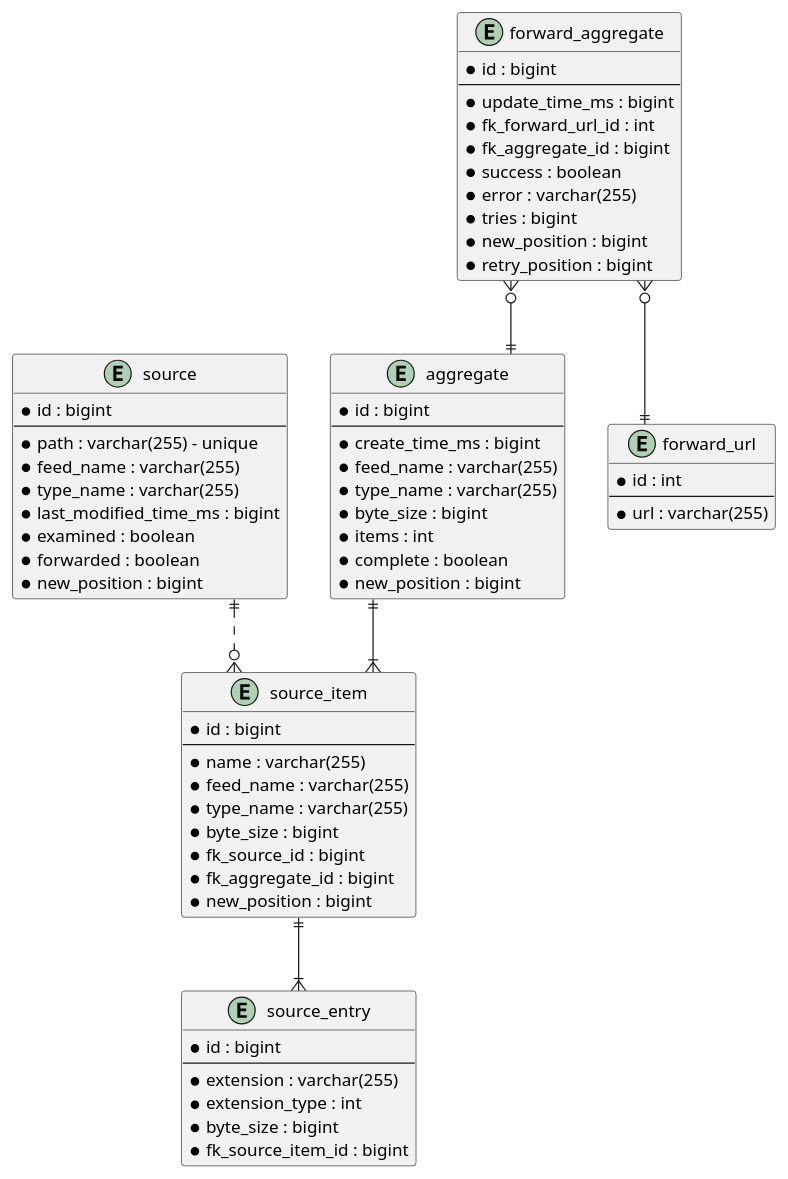
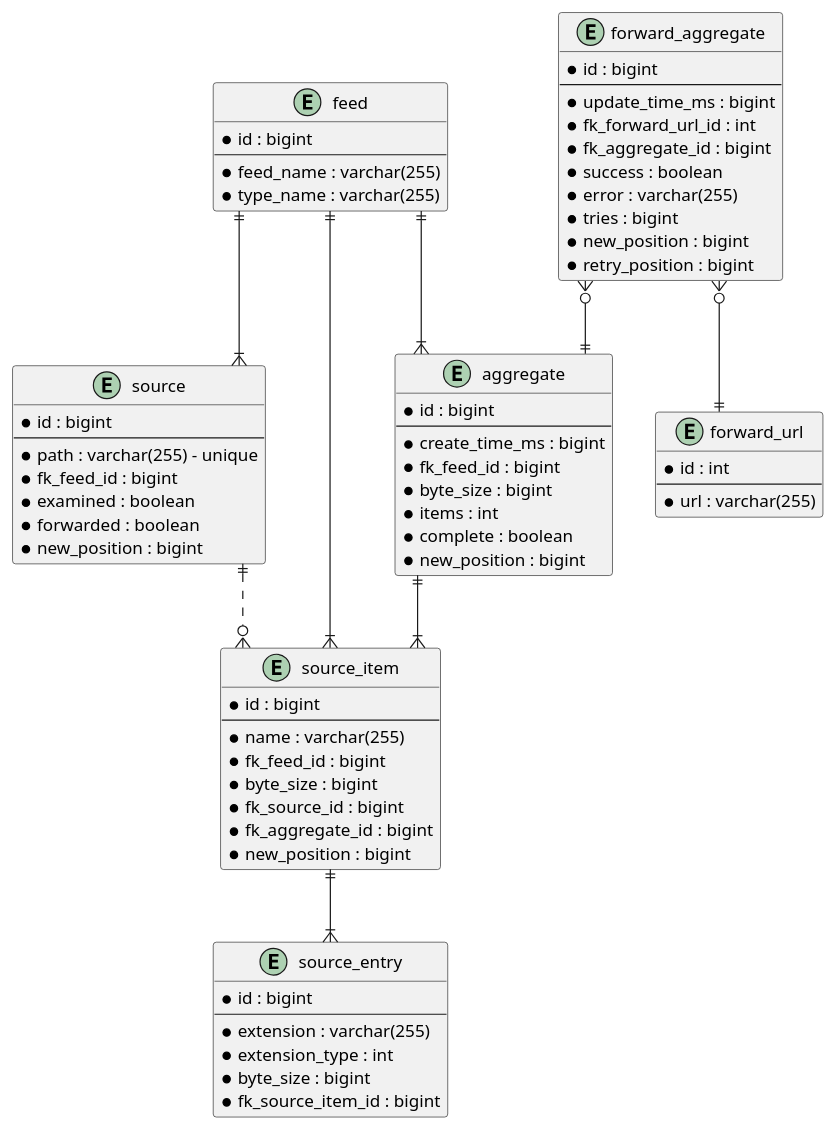
The diagram in stroom-proxy/stroom-proxy-app/doc/forward-aggregate-entity.puml (gchq/stroom), drawn with PlantUML before and after one commit. The commit also changed 47 other files, not shown here.

```diff
--- a/stroom-proxy/stroom-proxy-app/doc/forward-aggregate-entity.puml
+++ b/stroom-proxy/stroom-proxy-app/doc/forward-aggregate-entity.puml
@@ -1,76 +1,83 @@
 @startuml
 
 ' avoid problems with angled crows feet
 skinparam linetype ortho
 
+entity feed {
+  *id : bigint
+  --
+  *feed_name : varchar(255)
+  *type_name : varchar(255)
+}
+
 entity source {
   *id : bigint
   --
   *path : varchar(255) - unique
-  *feed_name : varchar(255)
-  *type_name : varchar(255)
-  *last_modified_time_ms : bigint
+  *fk_feed_id : bigint
   *examined : boolean
   *forwarded : boolean
   *new_position : bigint
 }
 
 entity source_item {
   *id : bigint
   --
   *name : varchar(255)
-  *feed_name : varchar(255)
-  *type_name : varchar(255)
+  *fk_feed_id : bigint
   *byte_size : bigint
   *fk_source_id : bigint
   *fk_aggregate_id : bigint
   *new_position : bigint
 }
 
 entity source_entry {
   *id : bigint
   --
   *extension : varchar(255)
   *extension_type : int
   *byte_size : bigint
   *fk_source_item_id : bigint
 }
 
 entity aggregate {
   *id : bigint
   --
   *create_time_ms : bigint
-  *feed_name : varchar(255)
-  *type_name : varchar(255)
+  *fk_feed_id : bigint
   *byte_size : bigint
   *items : int
   *complete : boolean
   *new_position : bigint
 }
 
 entity forward_url {
   *id : int
   --
   *url : varchar(255)
 }
 
 entity forward_aggregate {
   *id : bigint
   --
   *update_time_ms : bigint
   *fk_forward_url_id : int
   *fk_aggregate_id : bigint
   *success : boolean
   *error : varchar(255)
   *tries : bigint
   *new_position : bigint
   *retry_position : bigint
 }
 
+feed ||--|{ source
+feed ||--|{ source_item
+feed ||--|{ aggregate
+
 source ||..o{ source_item
 source_item ||--|{ source_entry
 aggregate ||--|{ source_item
 forward_aggregate }o--|| forward_url
 forward_aggregate }o--|| aggregate
 
 @enduml
```
